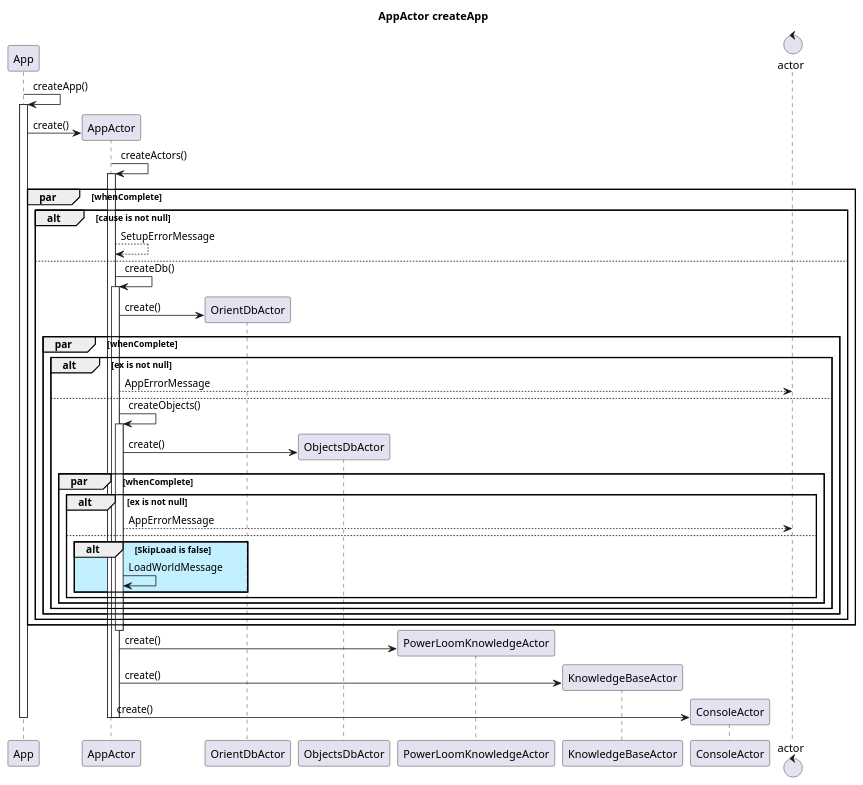
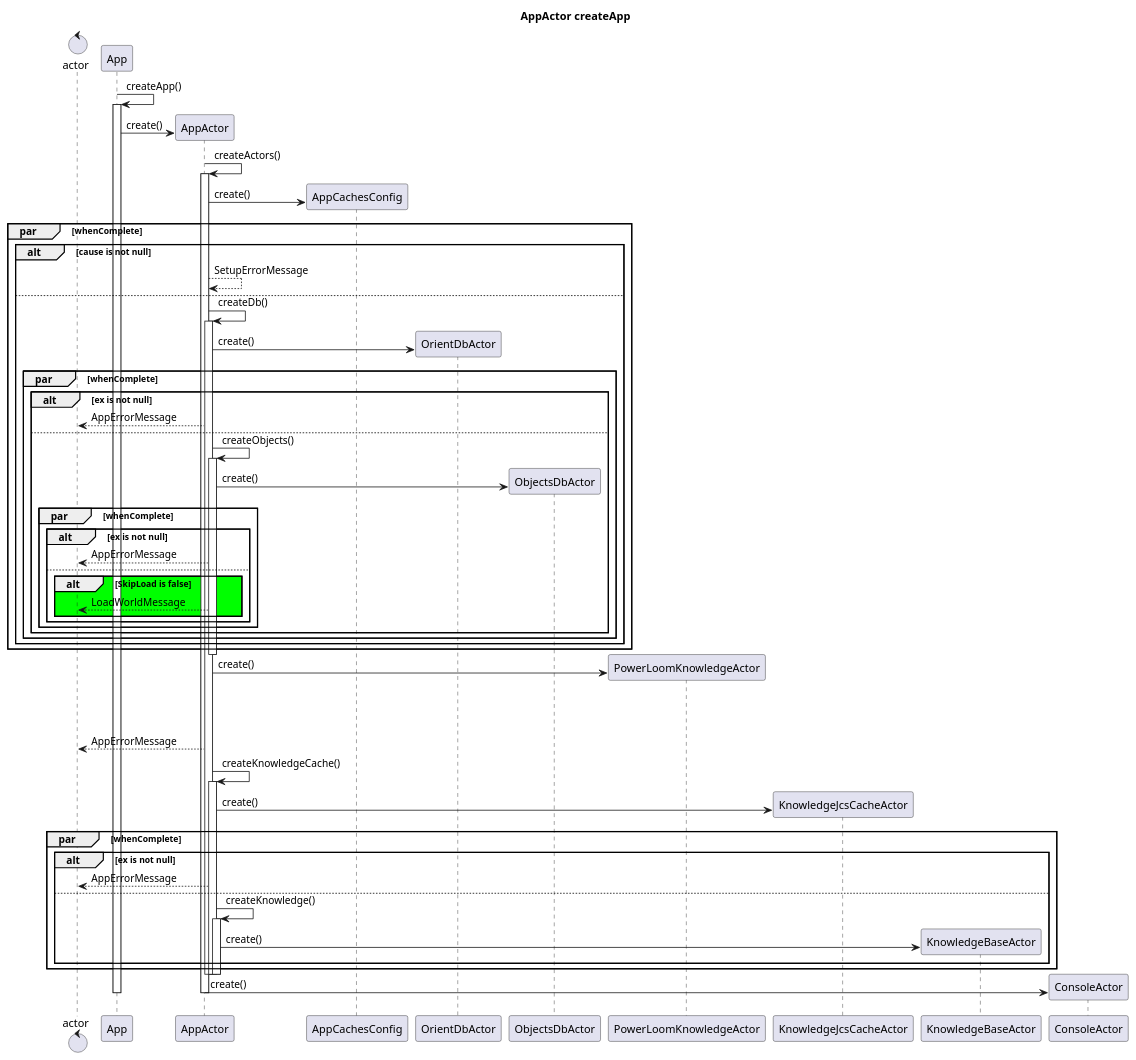
One commit to devent/dwarfhustle-gamemap changed the diagram in dwarfhustle-gamemap-jme/src/main/doc/com/anrisoftware/dwarfhustle/model/db/orientdb/actor/AppActor_createApp.plantuml. Above: the diagram before and after it, drawn with PlantUML. The commit also changed 14 other files, not shown here.

Commit message:
Add asset cache, load textures at the start

```diff
--- a/dwarfhustle-gamemap-jme/src/main/doc/com/anrisoftware/dwarfhustle/model/db/orientdb/actor/AppActor_createApp.plantuml
+++ b/dwarfhustle-gamemap-jme/src/main/doc/com/anrisoftware/dwarfhustle/model/db/orientdb/actor/AppActor_createApp.plantuml
@@ -1,56 +1,82 @@
 @startuml
 title AppActor createApp
+control actor
 participant App as a
 participant AppActor as ac
+participant AppCachesConfig as acc
 participant OrientDbActor as orientdba
 participant ObjectsDbActor as objectsdba
 participant PowerLoomKnowledgeActor as plna
+participant KnowledgeJcsCacheActor as kjca
 participant KnowledgeBaseActor as kba
 participant ConsoleActor as ca
-control actor
 
 a -> a ++ : createApp()
 a -> ac ** : create()
 ac -> ac ++ : createActors()
+ac -> acc ** : create()
 
 par whenComplete
 alt cause is not null
 ac --> ac : SetupErrorMessage
 else
 
 ac -> ac ++ : createDb()
 ac -> orientdba ** : create()
 
 par whenComplete
 alt ex is not null
 ac --> actor : AppErrorMessage
 else
 
 ac -> ac ++ : createObjects()
 ac -> objectsdba ** : create()
 
 par whenComplete
 alt ex is not null
 ac --> actor : AppErrorMessage
 else
-alt #APPLICATION SkipLoad is false
-ac -> ac : LoadWorldMessage
+alt #Lime SkipLoad is false
+ac --> actor : LoadWorldMessage
 end
 end
 end
 end
 end
 end
 end
 deactivate ac
 
 ac -> plna ** : create()
+par whenComplete
+alt ex is not null
+ac --> actor : AppErrorMessage
+else
+
+ac -> ac ++ : createKnowledgeCache()
+ac -> kjca ** : create()
+
+par whenComplete
+alt ex is not null
+ac --> actor : AppErrorMessage
+else
+
+ac -> ac ++ : createKnowledge()
 ac -> kba ** : create()
+
+end
+end
+
+deactivate ac
+deactivate ac
+deactivate ac
+
+
 ac -> ca ** : create()
 
 deactivate ac
 deactivate ac
 
 deactivate a
 
 @enduml
```
